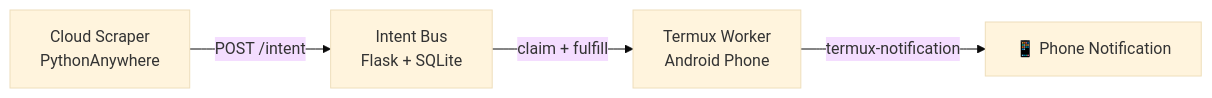
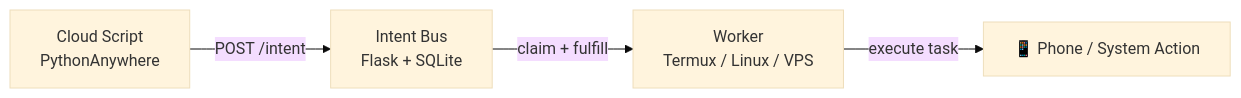
Before and after one commit to dsecurity49/Intent-Bus: the diagram in README.md, drawn with Mermaid (base theme). The commit also changed other lines of this file, not shown here.

````diff
--- a/README.md
+++ b/README.md
@@ -21,6 +36,6 @@
 ```mermaid
 graph LR
-    A[Cloud Scraper<br/>PythonAnywhere] -->|POST /intent| B[Intent Bus<br/>Flask + SQLite]
-    B -->|claim + fulfill| C[Termux Worker<br/>Android Phone]
-    C -->|termux-notification| D[📱 Phone Notification]
+    A[Cloud Script<br/>PythonAnywhere] -->|POST /intent| B[Intent Bus<br/>Flask + SQLite]
+    B -->|claim + fulfill| C[Worker<br/>Termux / Linux / VPS]
+    C -->|execute task| D[📱 Phone / System Action]
 ```
````
